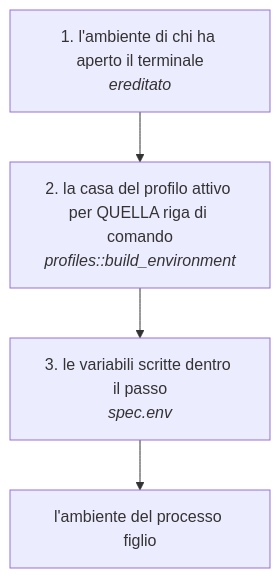
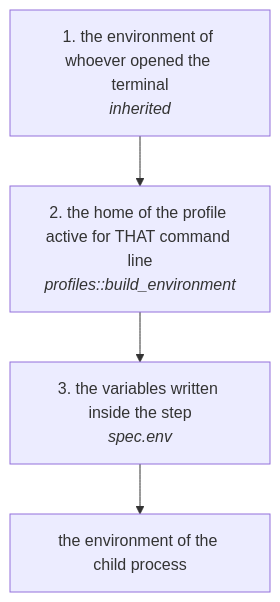
One commit to SIRTHEO/sailor changed the third of 6 diagrams in docs/how-credentials-reach-the-engines.md. Above: the diagram before and after it, drawn with Mermaid. The commit also changed other lines of this file, not shown here.

First line of the commit message:
docs(credentials): how credentials reach the engines, readable by whoever runs them

````diff
--- a/docs/how-credentials-reach-the-engines.md
+++ b/docs/how-credentials-reach-the-engines.md
@@ -71,7 +71,7 @@
 ```mermaid
 flowchart TD
-    E1["1. l'ambiente di chi ha aperto il terminale<br/><i>ereditato</i>"]
-    E2["2. la casa del profilo attivo per QUELLA riga di comando<br/><i>profiles::build_environment</i>"]
-    E3["3. le variabili scritte dentro il passo<br/><i>spec.env</i>"]
-    E1 --> E2 --> E3 --> OUT["l'ambiente del processo figlio"]
+    E1["1. the environment of whoever opened the terminal<br/><i>inherited</i>"]
+    E2["2. the home of the profile active for THAT command line<br/><i>profiles::build_environment</i>"]
+    E3["3. the variables written inside the step<br/><i>spec.env</i>"]
+    E1 --> E2 --> E3 --> OUT["the environment of the child process"]
 ```
````
